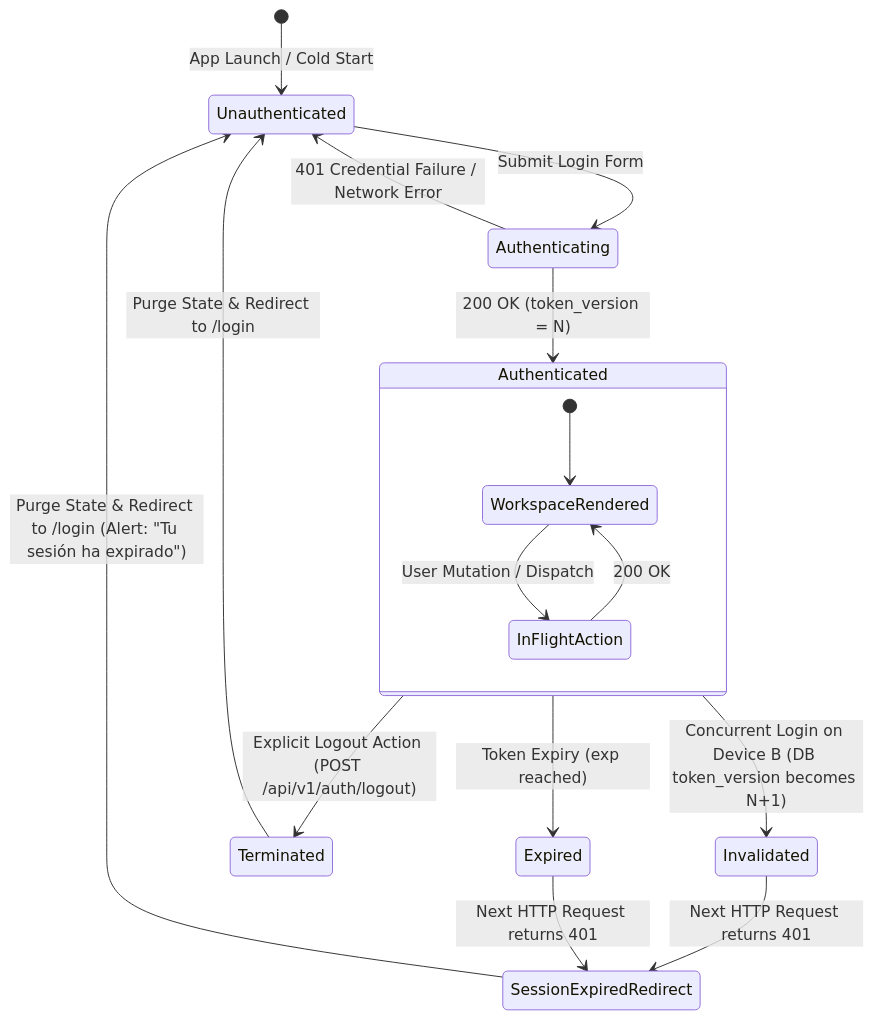
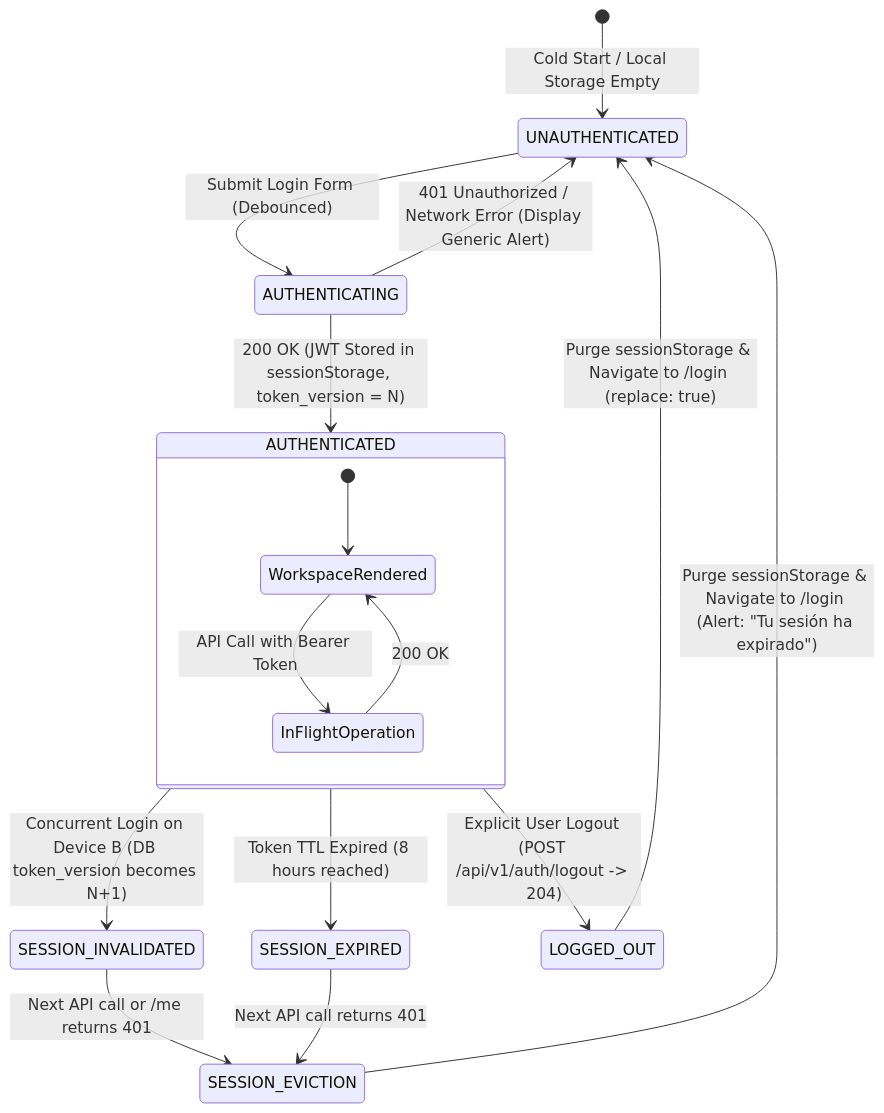
The diagram in specs/002-staff-auth-redirect-guards/data-model.md (ValentinoCarmonaS/G12---GDSI), drawn with Mermaid before and after one commit. The commit also changed other lines of this file and 4 other files, not shown here.

````diff
--- a/specs/002-staff-auth-redirect-guards/data-model.md
+++ b/specs/002-staff-auth-redirect-guards/data-model.md
@@ -141,24 +156,24 @@
 ```mermaid
 stateDiagram-v2
-    [*] --> Unauthenticated: App Launch / Cold Start
+    [*] --> UNAUTHENTICATED: Cold Start / Local Storage Empty
 
-    Unauthenticated --> Authenticating: Submit Login Form
-    Authenticating --> Unauthenticated: 401 Credential Failure / Network Error
-    Authenticating --> Authenticated: 200 OK (token_version = N)
+    UNAUTHENTICATED --> AUTHENTICATING: Submit Login Form (Debounced)
+    AUTHENTICATING --> UNAUTHENTICATED: 401 Unauthorized / Network Error (Display Generic Alert)
+    AUTHENTICATING --> AUTHENTICATED: 200 OK (JWT Stored in sessionStorage, token_version = N)
 
-    state Authenticated {
+    state AUTHENTICATED {
         [*] --> WorkspaceRendered
-        WorkspaceRendered --> InFlightAction: User Mutation / Dispatch
-        InFlightAction --> WorkspaceRendered: 200 OK
+        WorkspaceRendered --> InFlightOperation: API Call with Bearer Token
+        InFlightOperation --> WorkspaceRendered: 200 OK
     }
 
-    Authenticated --> Invalidated: Concurrent Login on Device B (DB token_version becomes N+1)
-    Authenticated --> Terminated: Explicit Logout Action (POST /api/v1/auth/logout)
-    Authenticated --> Expired: Token Expiry (exp reached)
+    AUTHENTICATED --> SESSION_INVALIDATED: Concurrent Login on Device B (DB token_version becomes N+1)
+    AUTHENTICATED --> SESSION_EXPIRED: Token TTL Expired (8 hours reached)
+    AUTHENTICATED --> LOGGED_OUT: Explicit User Logout (POST /api/v1/auth/logout -> 204)
 
-    Invalidated --> SessionExpiredRedirect: Next HTTP Request returns 401
-    Expired --> SessionExpiredRedirect: Next HTTP Request returns 401
+    SESSION_INVALIDATED --> SESSION_EVICTION: Next API call or /me returns 401
+    SESSION_EXPIRED --> SESSION_EVICTION: Next API call returns 401
     
-    SessionExpiredRedirect --> Unauthenticated: Purge State & Redirect to /login (Alert: "Tu sesión ha expirado")
-    Terminated --> Unauthenticated: Purge State & Redirect to /login
+    SESSION_EVICTION --> UNAUTHENTICATED: Purge sessionStorage & Navigate to /login (Alert: "Tu sesión ha expirado")
+    LOGGED_OUT --> UNAUTHENTICATED: Purge sessionStorage & Navigate to /login (replace: true)
 ```
````
